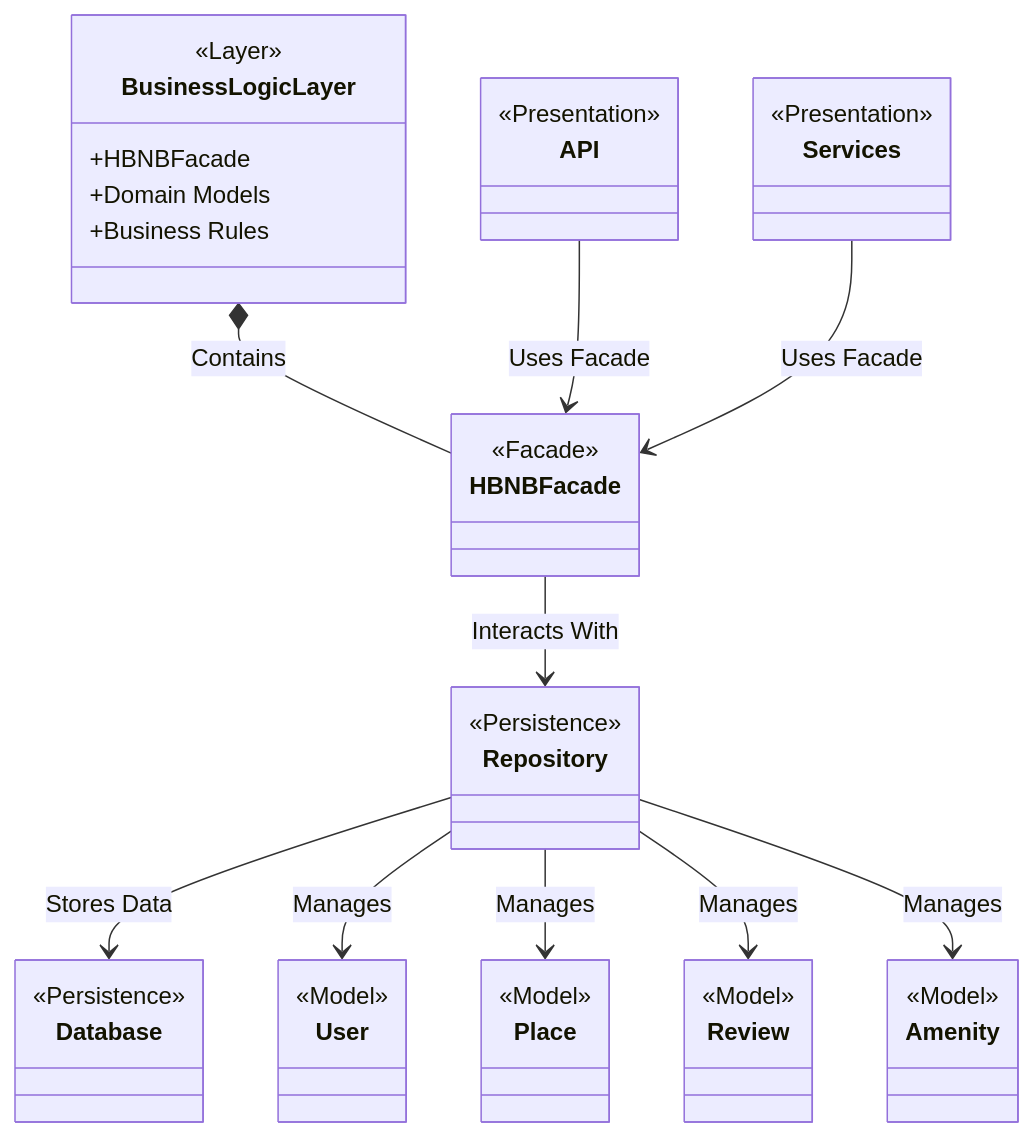
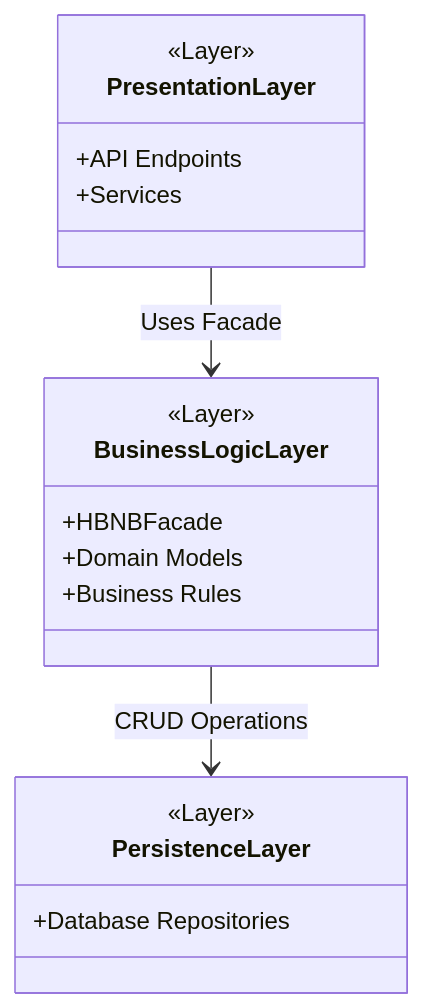
The first of 6 diagrams in part1/Documentation Compilation.md (oDoDyK/holbertonschool-hbnb), drawn with Mermaid before and after one commit.

Commit message:
Update Documentation Compilation.md

````diff
--- a/part1/Documentation Compilation.md
+++ b/part1/Documentation Compilation.md
@@ -65,75 +65,30 @@
 ```mermaid
 classDiagram
     %% =======================
-    %% Presentation Layer
+    %% Layers (Package View)
     %% =======================
-    class API {
-        <<Presentation>>
-        %% Handles user requests via endpoints
-    }
-    class Services {
-        <<Presentation>>
-        %% Provides service logic for API
+    class PresentationLayer {
+        <<Layer>>
+        +API Endpoints
+        +Services
     }
 
-    %% =======================
-    %% Business Logic Layer
-    %% =======================
     class BusinessLogicLayer {
         <<Layer>>
         +HBNBFacade
         +Domain Models
         +Business Rules
     }
-    class HBNBFacade {
-        <<Facade>>
-        %% Unified interface to interact with models
-    }
 
-    %% =======================
-    %% Persistence Layer
-    %% =======================
-    class Repository {
-        <<Persistence>>
-        %% Manages data operations for models
-    }
-    class Database {
-        <<Persistence>>
-        %% Stores application data
-    }
-
-    %% =======================
-    %% Models
-    %% =======================
-    class User {
-        <<Model>>
-    }
-    class Place {
-        <<Model>>
-    }
-    class Review {
-        <<Model>>
-    }
-    class Amenity {
-        <<Model>>
+    class PersistenceLayer {
+        <<Layer>>
+        +Database Repositories
     }
 
     %% =======================
     %% Relationships
     %% =======================
-    BusinessLogicLayer *-- HBNBFacade : Contains
-
-    API --> HBNBFacade : Uses Facade
-    Services --> HBNBFacade : Uses Facade
-    HBNBFacade --> Repository : Interacts With
-    Repository --> Database : Stores Data
-    
-    %% Models connected to Repository
-    Repository --> User : Manages
-    Repository --> Place : Manages
-    Repository --> Review : Manages
-    Repository --> Amenity : Manages
-
-
+    PresentationLayer --> BusinessLogicLayer : Uses Facade
+    BusinessLogicLayer --> PersistenceLayer : CRUD Operations
 
 ```
````
